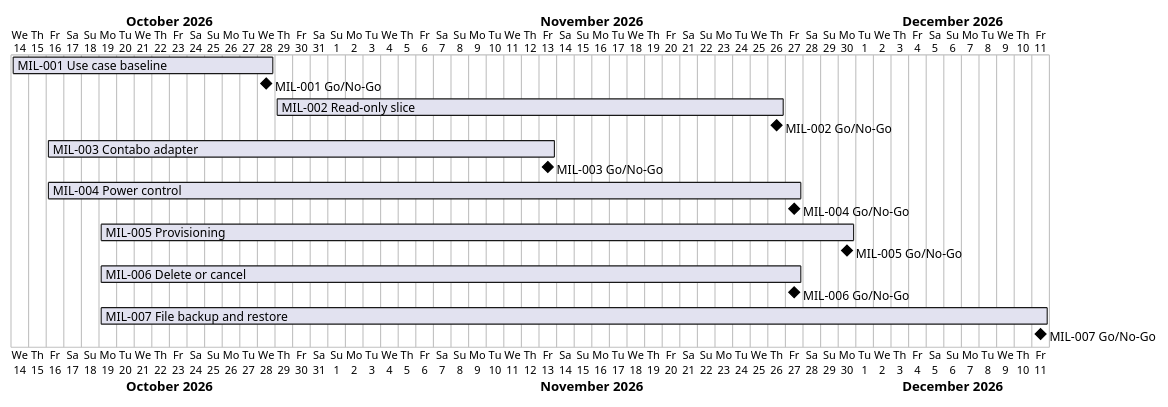
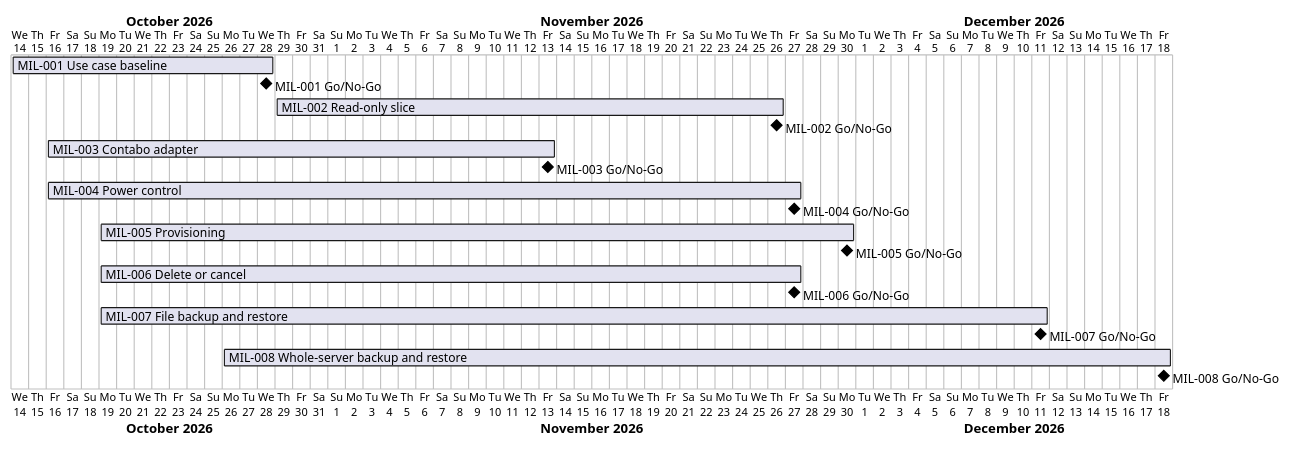
Before and after one commit to TirSystem/iac-node-forge: the diagram in docs/project-plan.md, drawn with PlantUML. The commit also changed other lines of this file and 5 other files, not shown here.

Commit message:
Plan MIL-008: whole-server backup and restore (RC-109, RC-110)

````diff
--- a/docs/project-plan.md
+++ b/docs/project-plan.md
@@ -59,19 +62,21 @@
 ```plantuml
 @startgantt
 Project starts 2026-10-14
 [MIL-001 Use case baseline] starts 2026-10-14 and ends 2026-10-28
 [MIL-001 Go/No-Go] happens 2026-10-28
 [MIL-002 Read-only slice] starts 2026-10-29 and ends 2026-11-26
 [MIL-002 Go/No-Go] happens 2026-11-26
 [MIL-003 Contabo adapter] starts 2026-10-16 and ends 2026-11-13
 [MIL-003 Go/No-Go] happens 2026-11-13
 [MIL-004 Power control] starts 2026-10-16 and ends 2026-11-27
 [MIL-004 Go/No-Go] happens 2026-11-27
 [MIL-005 Provisioning] starts 2026-10-19 and ends 2026-11-30
 [MIL-005 Go/No-Go] happens 2026-11-30
 [MIL-006 Delete or cancel] starts 2026-10-19 and ends 2026-11-27
 [MIL-006 Go/No-Go] happens 2026-11-27
 [MIL-007 File backup and restore] starts 2026-10-19 and ends 2026-12-11
 [MIL-007 Go/No-Go] happens 2026-12-11
+[MIL-008 Whole-server backup and restore] starts 2026-10-26 and ends 2026-12-18
+[MIL-008 Go/No-Go] happens 2026-12-18
 @endgantt
 ```
````
